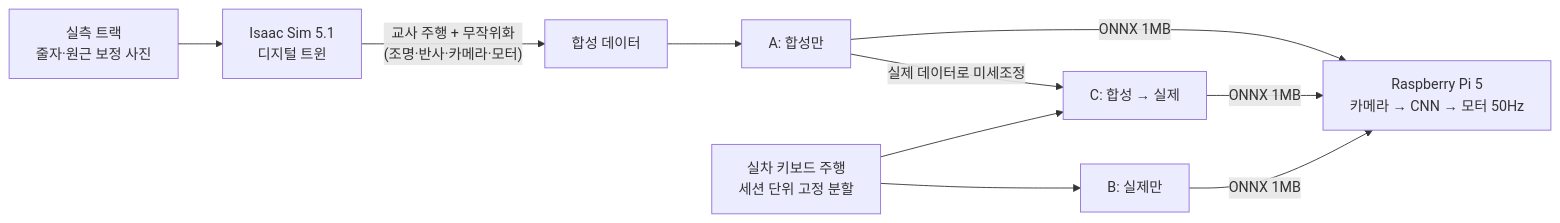
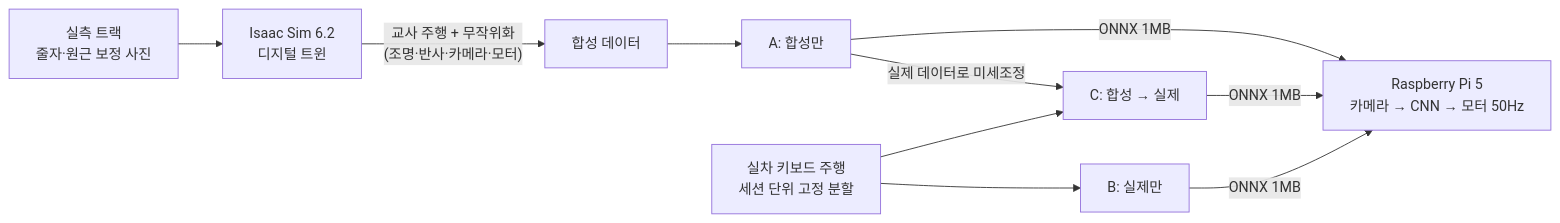
Before and after one commit to gawbi/track-digital-twin: the diagram in README.md, drawn with Mermaid. The commit also changed other lines of this file and 1 other file, not shown here.

Commit message:
docs: Isaac Sim 6.2 기준 평가·5.1 드라이버 문제·공통 기반 교란·관문 2 도구 기록

````diff
--- a/README.md
+++ b/README.md
@@ -19,10 +19,10 @@
 ```mermaid
 flowchart LR
-    T["실측 트랙<br/>줄자·원근 보정 사진"] --> S["Isaac Sim 5.1<br/>디지털 트윈"]
+    T["실측 트랙<br/>줄자·원근 보정 사진"] --> S["Isaac Sim 6.2<br/>디지털 트윈"]
     S -->|"교사 주행 + 무작위화<br/>(조명·반사·카메라·모터)"| SD["합성 데이터"]
     SD --> A["A: 합성만"]
     R["실차 키보드 주행<br/>세션 단위 고정 분할"] --> B["B: 실제만"]
     A -->|"실제 데이터로 미세조정"| C["C: 합성 → 실제"]
     R --> C
     A & B & C -->|"ONNX 1MB"| P["Raspberry Pi 5<br/>카메라 → CNN → 모터 50Hz"]
 ```
````
